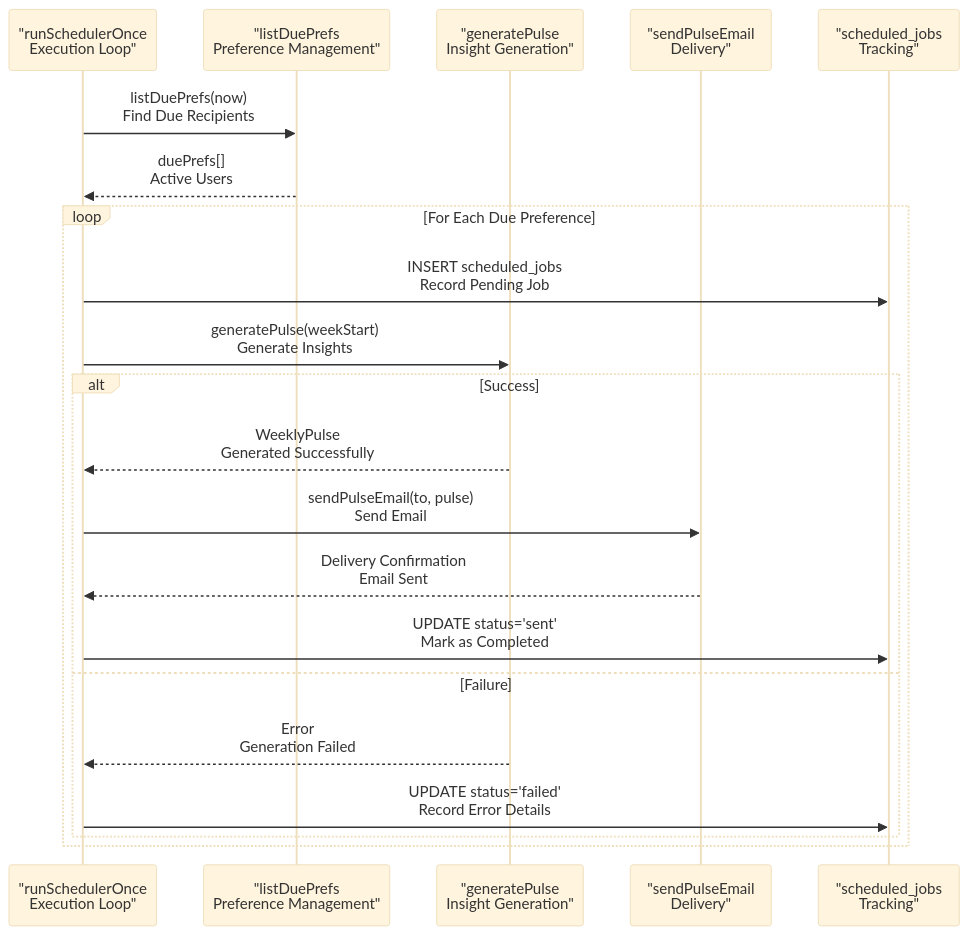
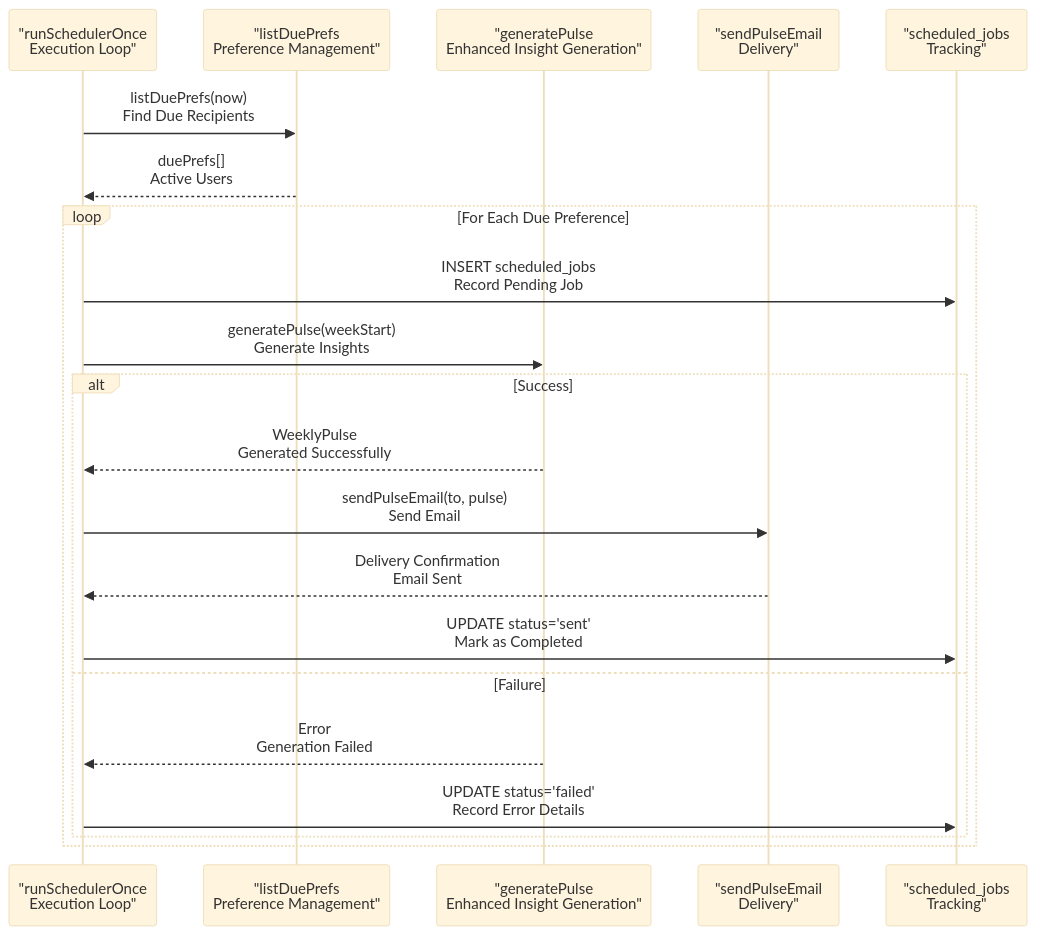
One commit to aravinthraj-ramalingam/Groww-App-Review-Insights-Analyzer- changed the seventh of 13 diagrams in .qoder/repowiki/en/content/Phase 2_ Advanced Analytics & Automation/Weekly Pulse Generation.md. Above: the diagram before and after it, drawn with Mermaid (base theme). The commit also changed other lines of this file and 4 other files, not shown here.

````diff
--- a/.qoder/repowiki/en/content/Phase 2_ Advanced Analytics & Automation/Weekly Pulse Generation.md
+++ b/.qoder/repowiki/en/content/Phase 2_ Advanced Analytics & Automation/Weekly Pulse Generation.md
@@ -361,23 +360,23 @@
 ```mermaid
 sequenceDiagram
 participant Tick as "runSchedulerOnce<br/>Execution Loop"
 participant Pref as "listDuePrefs<br/>Preference Management"
-participant Gen as "generatePulse<br/>Insight Generation"
+participant Gen as "generatePulse<br/>Enhanced Insight Generation"
 participant Mail as "sendPulseEmail<br/>Delivery"
 participant DB as "scheduled_jobs<br/>Tracking"
 Tick->>Pref : listDuePrefs(now)<br/>Find Due Recipients
 Pref-->>Tick : duePrefs[]<br/>Active Users
 loop For Each Due Preference
 Tick->>DB : INSERT scheduled_jobs<br/>Record Pending Job
 Tick->>Gen : generatePulse(weekStart)<br/>Generate Insights
 alt Success
 Gen-->>Tick : WeeklyPulse<br/>Generated Successfully
 Tick->>Mail : sendPulseEmail(to, pulse)<br/>Send Email
 Mail-->>Tick : Delivery Confirmation<br/>Email Sent
 Tick->>DB : UPDATE status='sent'<br/>Mark as Completed
 else Failure
 Gen-->>Tick : Error<br/>Generation Failed
 Tick->>DB : UPDATE status='failed'<br/>Record Error Details
 end
 end
 ```
````
